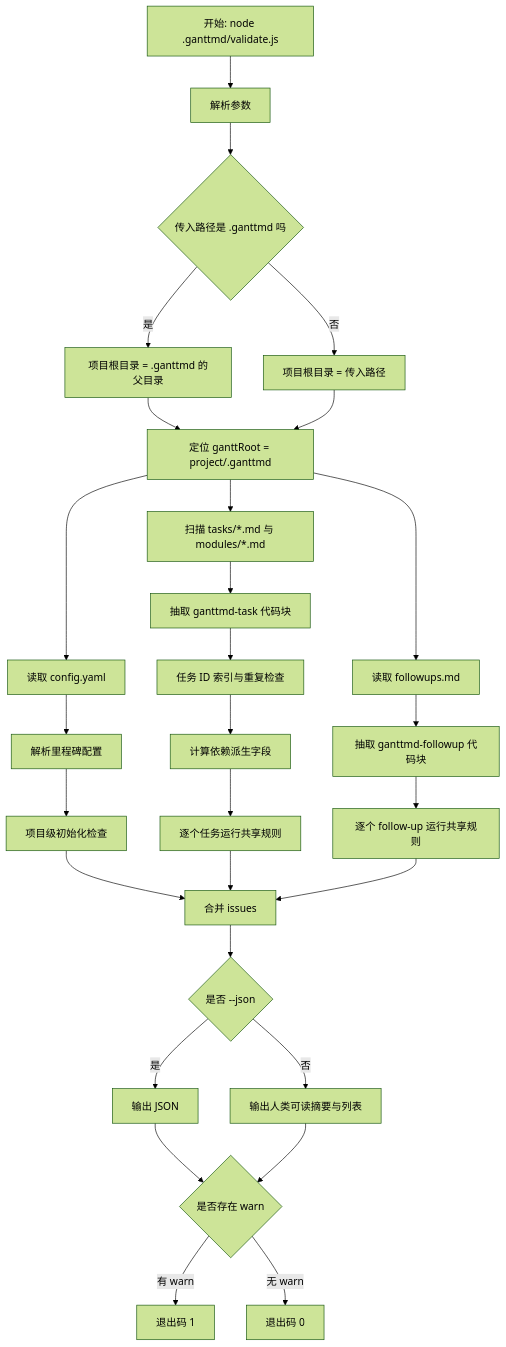
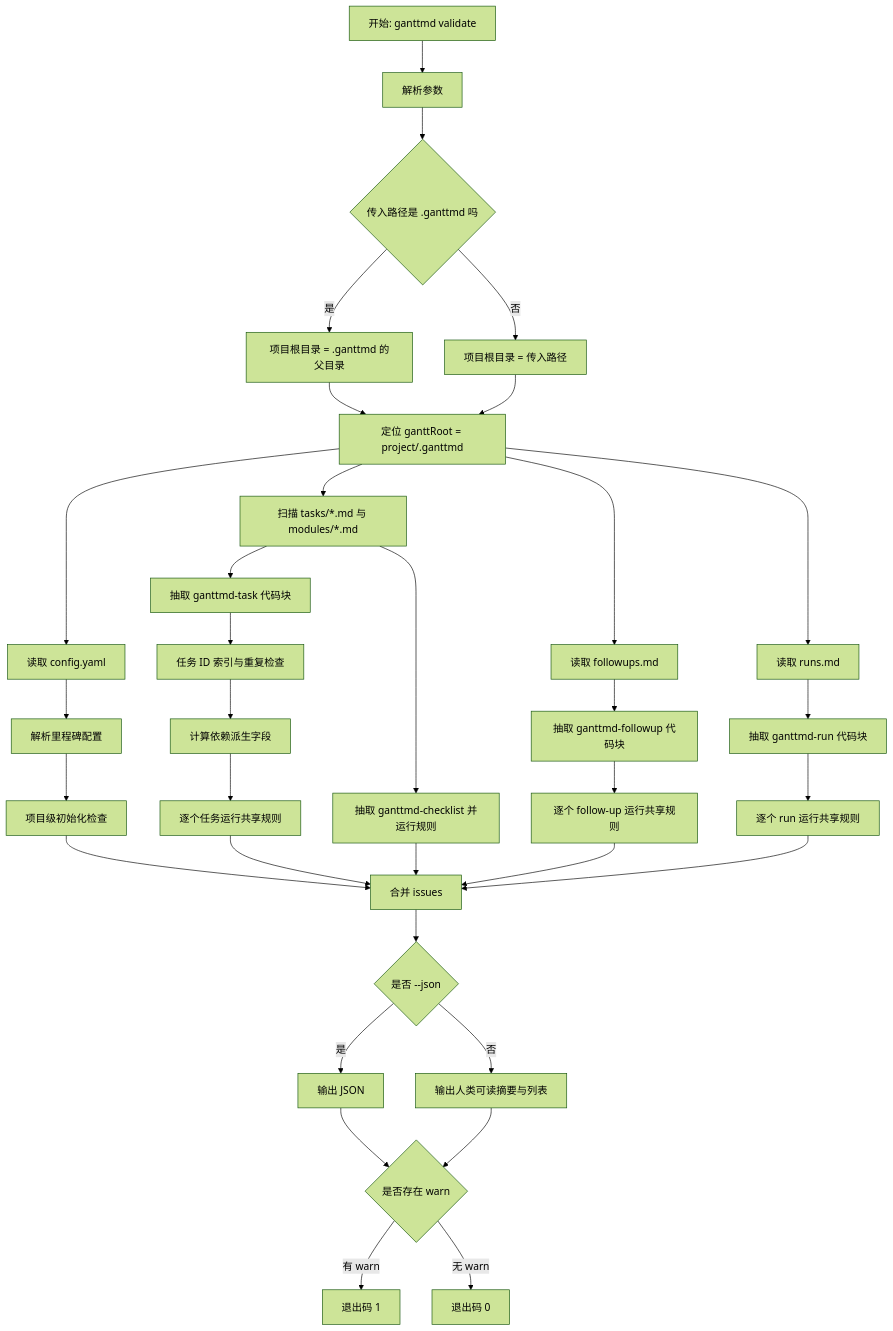
Before and after one commit to GengDaPeng/GanttMD: the first of 2 diagrams in docs/校验脚本检查流程图.md, drawn with Mermaid (forest theme). The commit also changed other lines of this file and 25 other files, not shown here.

````diff
--- a/docs/校验脚本检查流程图.md
+++ b/docs/校验脚本检查流程图.md
@@ -35,35 +35,41 @@
 ```mermaid
 flowchart TD
-  A[开始: node .ganttmd/validate.js] --> B[解析参数]
+  A[开始: ganttmd validate] --> B[解析参数]
   B --> C{传入路径是 .ganttmd 吗}
   C -- 是 --> D[项目根目录 = .ganttmd 的父目录]
   C -- 否 --> E[项目根目录 = 传入路径]
   D --> F[定位 ganttRoot]
   E --> F[定位 ganttRoot = project/.ganttmd]
 
   F --> G[读取 config.yaml]
   F --> H[扫描 tasks/*.md 与 modules/*.md]
   F --> I[读取 followups.md]
+  F --> I2[读取 runs.md]
 
   G --> J[解析里程碑配置]
   H --> K[抽取 ganttmd-task 代码块]
   I --> L[抽取 ganttmd-followup 代码块]
+  I2 --> L2[抽取 ganttmd-run 代码块]
 
   J --> M[项目级初始化检查]
   K --> N[任务 ID 索引与重复检查]
   N --> O[计算依赖派生字段]
   O --> P[逐个任务运行共享规则]
   L --> Q[逐个 follow-up 运行共享规则]
+  L2 --> Q2[逐个 run 运行共享规则]
+  H --> Q3[抽取 ganttmd-checklist 并运行规则]
 
   M --> R[合并 issues]
   P --> R
   Q --> R
+  Q2 --> R
+  Q3 --> R
 
   R --> S{是否 --json}
   S -- 是 --> T[输出 JSON]
   S -- 否 --> U[输出人类可读摘要与列表]
   T --> V{是否存在 warn}
   U --> V
   V -- 有 warn --> W[退出码 1]
   V -- 无 warn --> X[退出码 0]
 ```
````
